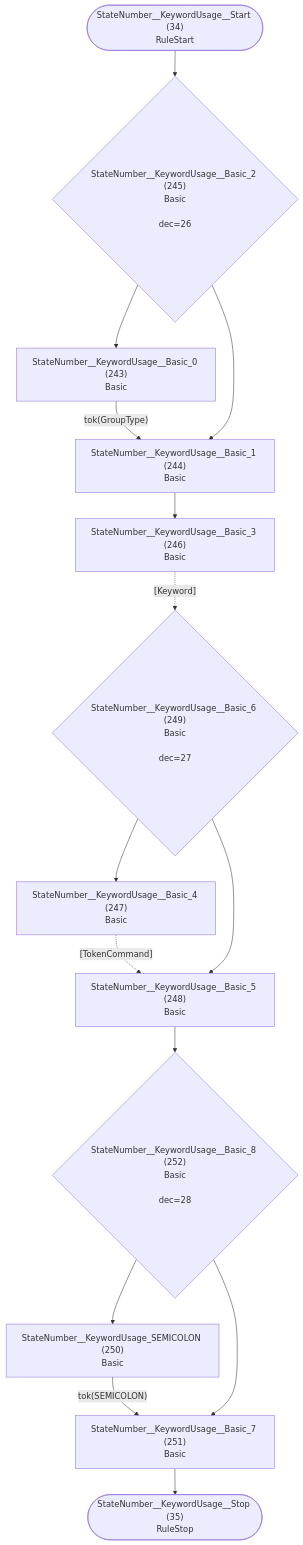
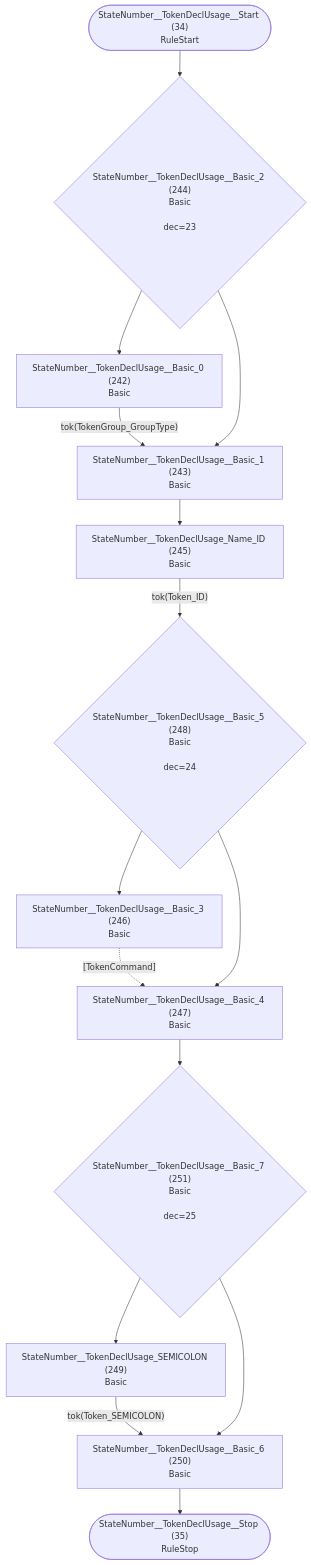
Before and after one commit to TypeFox/fastbelt: diagram 18 of 36 in internal/grammar/atn.md, drawn with Mermaid. The commit also changed other lines of this file and 6 other files, not shown here.

````diff
--- a/internal/grammar/atn.md
+++ b/internal/grammar/atn.md
@@ -565,30 +549,30 @@
 ```mermaid
 flowchart TD
-    q34(["StateNumber__KeywordUsage__Start (34)<br/>RuleStart"])
-    q35(["StateNumber__KeywordUsage__Stop (35)<br/>RuleStop"])
-    q243["StateNumber__KeywordUsage__Basic_0 (243)<br/>Basic<br/>"]
-    q244["StateNumber__KeywordUsage__Basic_1 (244)<br/>Basic<br/>"]
-    q245{"StateNumber__KeywordUsage__Basic_2 (245)<br/>Basic<br/><br/>dec=26"}
-    q246["StateNumber__KeywordUsage__Basic_3 (246)<br/>Basic<br/>"]
-    q247["StateNumber__KeywordUsage__Basic_4 (247)<br/>Basic<br/>"]
-    q248["StateNumber__KeywordUsage__Basic_5 (248)<br/>Basic<br/>"]
-    q249{"StateNumber__KeywordUsage__Basic_6 (249)<br/>Basic<br/><br/>dec=27"}
-    q250["StateNumber__KeywordUsage_SEMICOLON (250)<br/>Basic<br/>"]
-    q251["StateNumber__KeywordUsage__Basic_7 (251)<br/>Basic<br/>"]
-    q252{"StateNumber__KeywordUsage__Basic_8 (252)<br/>Basic<br/><br/>dec=28"}
+    q34(["StateNumber__TokenDeclUsage__Start (34)<br/>RuleStart"])
+    q35(["StateNumber__TokenDeclUsage__Stop (35)<br/>RuleStop"])
+    q242["StateNumber__TokenDeclUsage__Basic_0 (242)<br/>Basic<br/>"]
+    q243["StateNumber__TokenDeclUsage__Basic_1 (243)<br/>Basic<br/>"]
+    q244{"StateNumber__TokenDeclUsage__Basic_2 (244)<br/>Basic<br/><br/>dec=23"}
+    q245["StateNumber__TokenDeclUsage_Name_ID (245)<br/>Basic<br/>"]
+    q246["StateNumber__TokenDeclUsage__Basic_3 (246)<br/>Basic<br/>"]
+    q247["StateNumber__TokenDeclUsage__Basic_4 (247)<br/>Basic<br/>"]
+    q248{"StateNumber__TokenDeclUsage__Basic_5 (248)<br/>Basic<br/><br/>dec=24"}
+    q249["StateNumber__TokenDeclUsage_SEMICOLON (249)<br/>Basic<br/>"]
+    q250["StateNumber__TokenDeclUsage__Basic_6 (250)<br/>Basic<br/>"]
+    q251{"StateNumber__TokenDeclUsage__Basic_7 (251)<br/>Basic<br/><br/>dec=25"}
 
-    q34 --> q245
-    q243 -->|"tok(GroupType)"| q244
-    q244 --> q246
-    q245 --> q243
-    q245 --> q244
-    q246 -.->|"[Keyword]"| q249
-    q247 -.->|"[TokenCommand]"| q248
-    q248 --> q252
-    q249 --> q247
-    q249 --> q248
-    q250 -->|"tok(SEMICOLON)"| q251
-    q251 --> q35
-    q252 --> q250
-    q252 --> q251
+    q34 --> q244
+    q242 -->|"tok(TokenGroup_GroupType)"| q243
+    q243 --> q245
+    q244 --> q242
+    q244 --> q243
+    q245 -->|"tok(Token_ID)"| q248
+    q246 -.->|"[TokenCommand]"| q247
+    q247 --> q251
+    q248 --> q246
+    q248 --> q247
+    q249 -->|"tok(Token_SEMICOLON)"| q250
+    q250 --> q35
+    q251 --> q249
+    q251 --> q250
 ```
````
